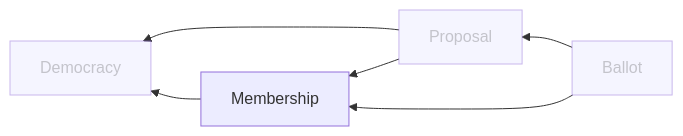
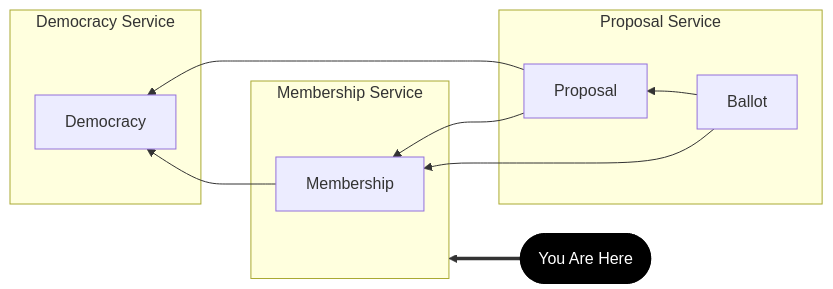
One commit to AluminumOxide/direct-democracy changed the first of 2 diagrams in services/api-membership/README.md. Above: the diagram before and after it, drawn with Mermaid. The commit also changed other lines of this file and 24 other files, not shown here.

````diff
--- a/services/api-membership/README.md
+++ b/services/api-membership/README.md
@@ -6,10 +5,17 @@
 ```mermaid
 flowchart RL
-    D[Democracy]:::exclude
+    subgraph democracy [Democracy Service]
+    D[Democracy]
+    end
+    subgraph membership [Membership Service]
     M[Membership] --> D
-    P --> D
-    P[Proposal]:::exclude --> M
-    B[Ballot]:::exclude --> P
+    end
+    subgraph proposal [Proposal Service]
+    P[Proposal] --> D
+    B[Ballot] --> P
+    end
+    P --> M
     B --> M
-    classDef exclude opacity:0.5
+    here([You Are Here]) ==> membership
+    style here stroke:black,stroke-width:12px,fill:black,color:white;
 ```
````
